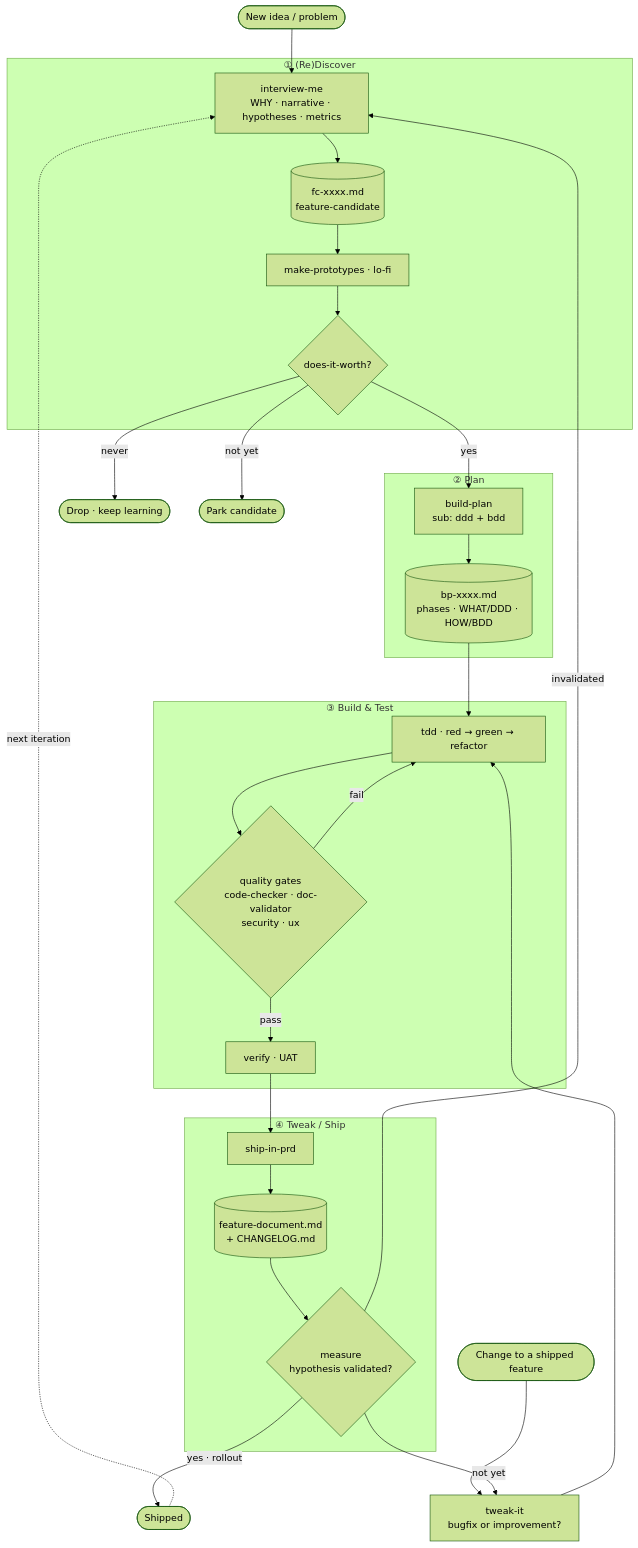
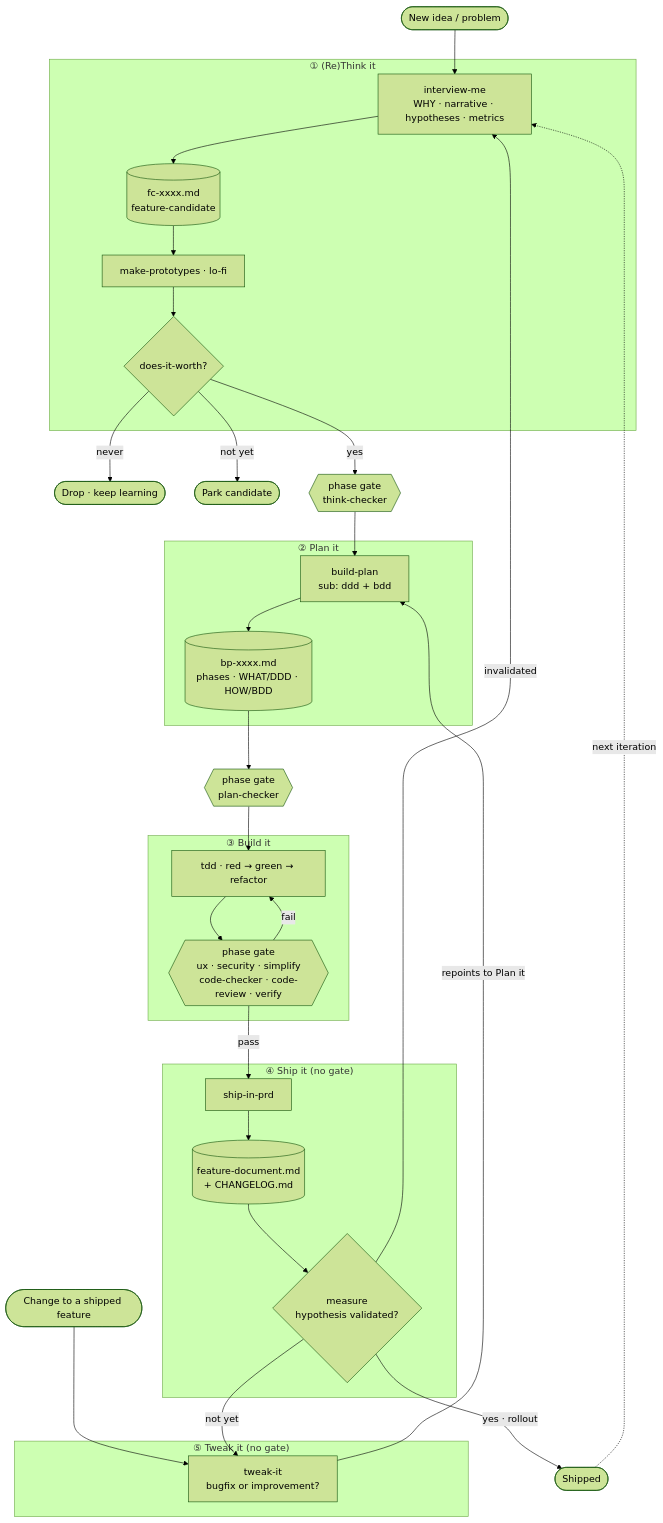
The diagram in _brainstorm.md (giovannibeltrame/buildloop), drawn with Mermaid (forest theme) before and after one commit. The commit also changed other lines of this file, not shown here.

Commit message:
Another human round

````diff
--- a/_brainstorm.md
+++ b/_brainstorm.md
@@ -42,41 +42,46 @@
 ```mermaid
 flowchart TD
     NEW([New idea / problem]) --> IM
     CHG([Change to a shipped feature]) --> TI
 
-    subgraph RD["① (Re)Discover"]
+    subgraph RT["① (Re)Think it"]
         IM[interview-me<br/>WHY · narrative · hypotheses · metrics] --> FC[(fc-xxxx.md<br/>feature-candidate)]
         FC --> MP[make-prototypes · lo-fi]
         MP --> DIW{does-it-worth?}
     end
 
     DIW -->|never| DROP([Drop · keep learning])
     DIW -->|not yet| PARK([Park candidate])
-    DIW -->|yes| BPL
+    DIW -->|yes| TKC{{phase gate<br/>think-checker}}
 
-    subgraph PL["② Plan"]
+    TKC --> BPL
+
+    subgraph PL["② Plan it"]
         BPL[build-plan<br/>sub: ddd + bdd] --> BP[(bp-xxxx.md<br/>phases · WHAT/DDD · HOW/BDD)]
     end
 
-    BP --> TDD
+    BP --> PLC{{phase gate<br/>plan-checker}}
+    PLC --> TDD
 
-    subgraph BT["③ Build & Test"]
-        TDD[tdd · red → green → refactor] --> QG{quality gates<br/>code-checker · doc-validator<br/>security · ux}
-        QG -->|fail| TDD
-        QG -->|pass| VER[verify · UAT]
+    subgraph BT["③ Build it"]
+        TDD[tdd · red → green → refactor] --> BG{{phase gate<br/>ux · security · simplify<br/>code-checker · code-review · verify}}
+        BG -->|fail| TDD
     end
 
-    VER --> BIP
+    BG -->|pass| BIP
 
-    subgraph SH["④ Tweak / Ship"]
+    subgraph SH["④ Ship it (no gate)"]
         BIP[ship-in-prd] --> FD[(feature-document.md<br/>+ CHANGELOG.md)]
         FD --> MEAS{measure<br/>hypothesis validated?}
     end
 
     MEAS -->|yes · rollout| DONE([Shipped])
     MEAS -->|not yet| TI
     MEAS -->|invalidated| IM
 
-    TI[tweak-it<br/>bugfix or improvement?] --> TDD
+    subgraph TW["⑤ Tweak it (no gate)"]
+        TI[tweak-it<br/>bugfix or improvement?]
+    end
+    TI -->|repoints to Plan it| BPL
     DONE -.next iteration.-> IM
 ```
````
